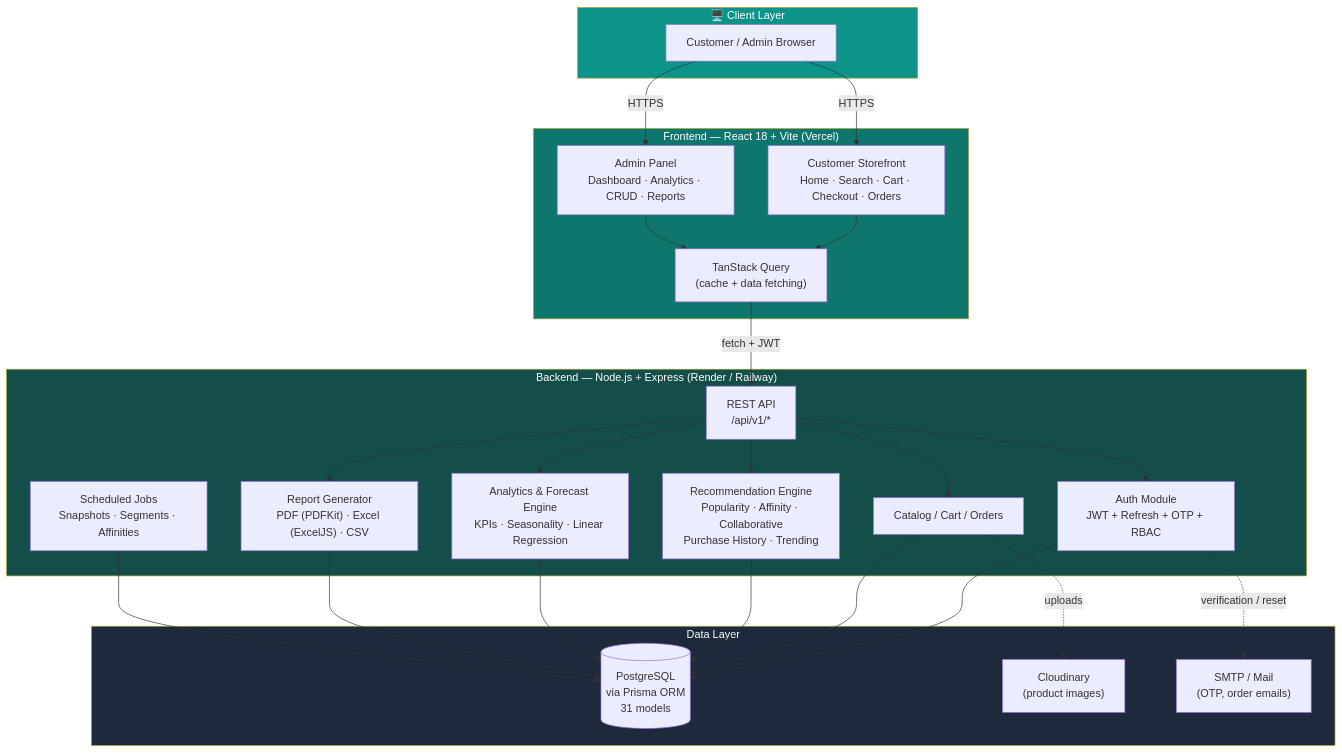
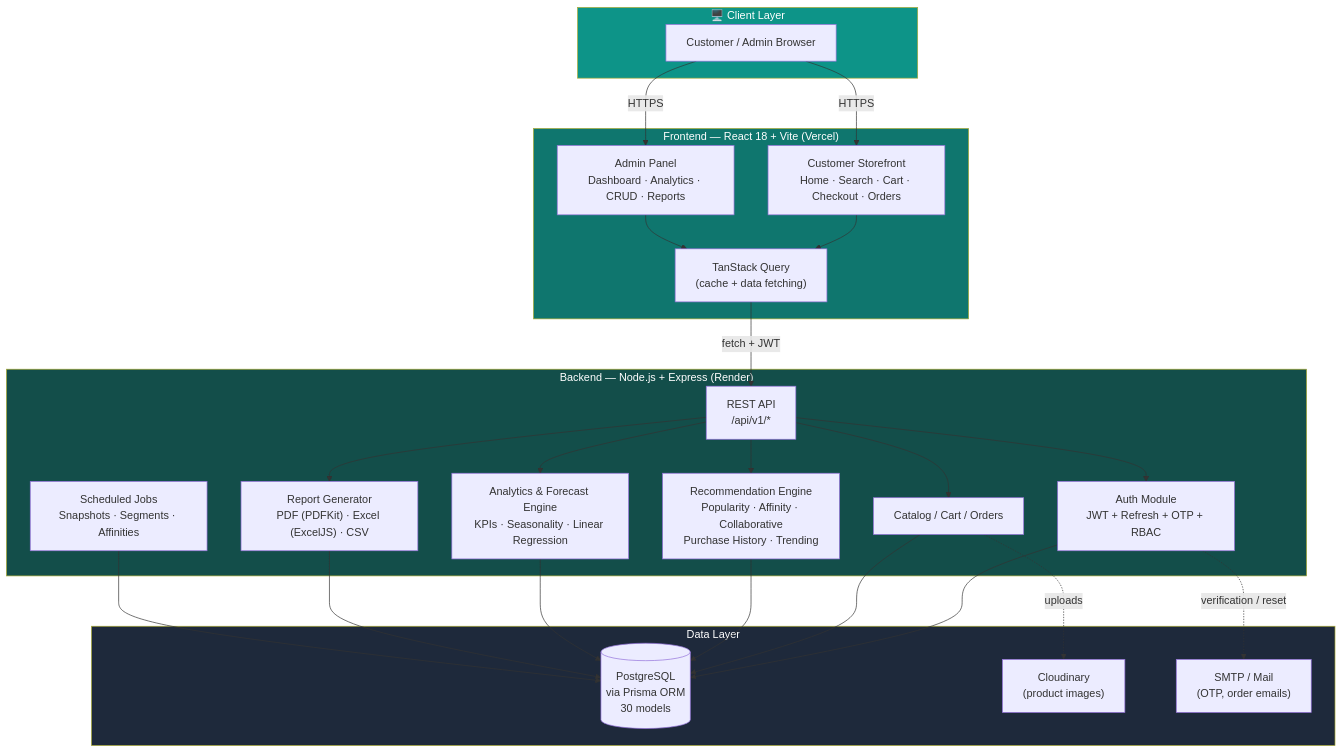
Before and after one commit to umangjzx/abi-projj: the first of 2 diagrams in README.md, drawn with Mermaid. The commit also changed other lines of this file, not shown here.

First line of the commit message:
docs: expand README with live deployment info, full API/env/schema reference

````diff
--- a/README.md
+++ b/README.md
@@ -11,55 +40,55 @@
 ```mermaid
 flowchart TB
     subgraph Client["🖥️ Client Layer"]
         Browser["Customer / Admin Browser"]
     end
 
     subgraph Frontend["Frontend — React 18 + Vite (Vercel)"]
         Store["Customer Storefront\nHome · Search · Cart · Checkout · Orders"]
         Admin["Admin Panel\nDashboard · Analytics · CRUD · Reports"]
         Query["TanStack Query\n(cache + data fetching)"]
     end
 
-    subgraph Backend["Backend — Node.js + Express (Render / Railway)"]
+    subgraph Backend["Backend — Node.js + Express (Render)"]
         API["REST API\n/api/v1/*"]
         Auth["Auth Module\nJWT + Refresh + OTP + RBAC"]
         Catalog["Catalog / Cart / Orders"]
         RecEngine["Recommendation Engine\nPopularity · Affinity · Collaborative\nPurchase History · Trending"]
         Analytics["Analytics & Forecast Engine\nKPIs · Seasonality · Linear Regression"]
         Reports["Report Generator\nPDF (PDFKit) · Excel (ExcelJS) · CSV"]
         Jobs["Scheduled Jobs\nSnapshots · Segments · Affinities"]
     end
 
     subgraph Data["Data Layer"]
-        Postgres[("PostgreSQL\nvia Prisma ORM\n31 models")]
+        Postgres[("PostgreSQL\nvia Prisma ORM\n30 models")]
         Cloudinary["Cloudinary\n(product images)"]
         SMTP["SMTP / Mail\n(OTP, order emails)"]
     end
 
     Browser -->|HTTPS| Store
     Browser -->|HTTPS| Admin
     Store --> Query
     Admin --> Query
     Query -->|fetch + JWT| API
 
     API --> Auth
     API --> Catalog
     API --> RecEngine
     API --> Analytics
     API --> Reports
 
     Auth --> Postgres
     Catalog --> Postgres
     RecEngine --> Postgres
     Analytics --> Postgres
     Reports --> Postgres
     Jobs --> Postgres
 
     Catalog -.->|uploads| Cloudinary
     Auth -.->|verification / reset| SMTP
 
     style Client fill:#0d9488,color:#fff
     style Frontend fill:#0f766e,color:#fff
     style Backend fill:#134e4a,color:#fff
     style Data fill:#1e293b,color:#fff
 ```
````
